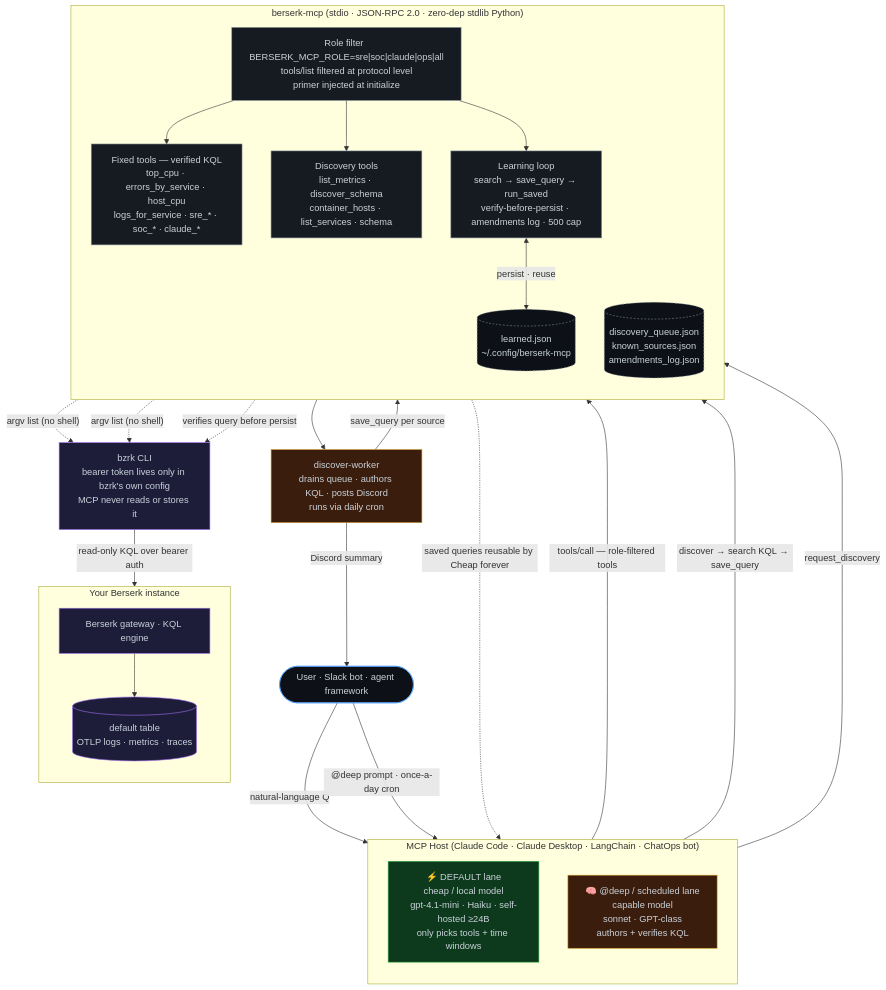
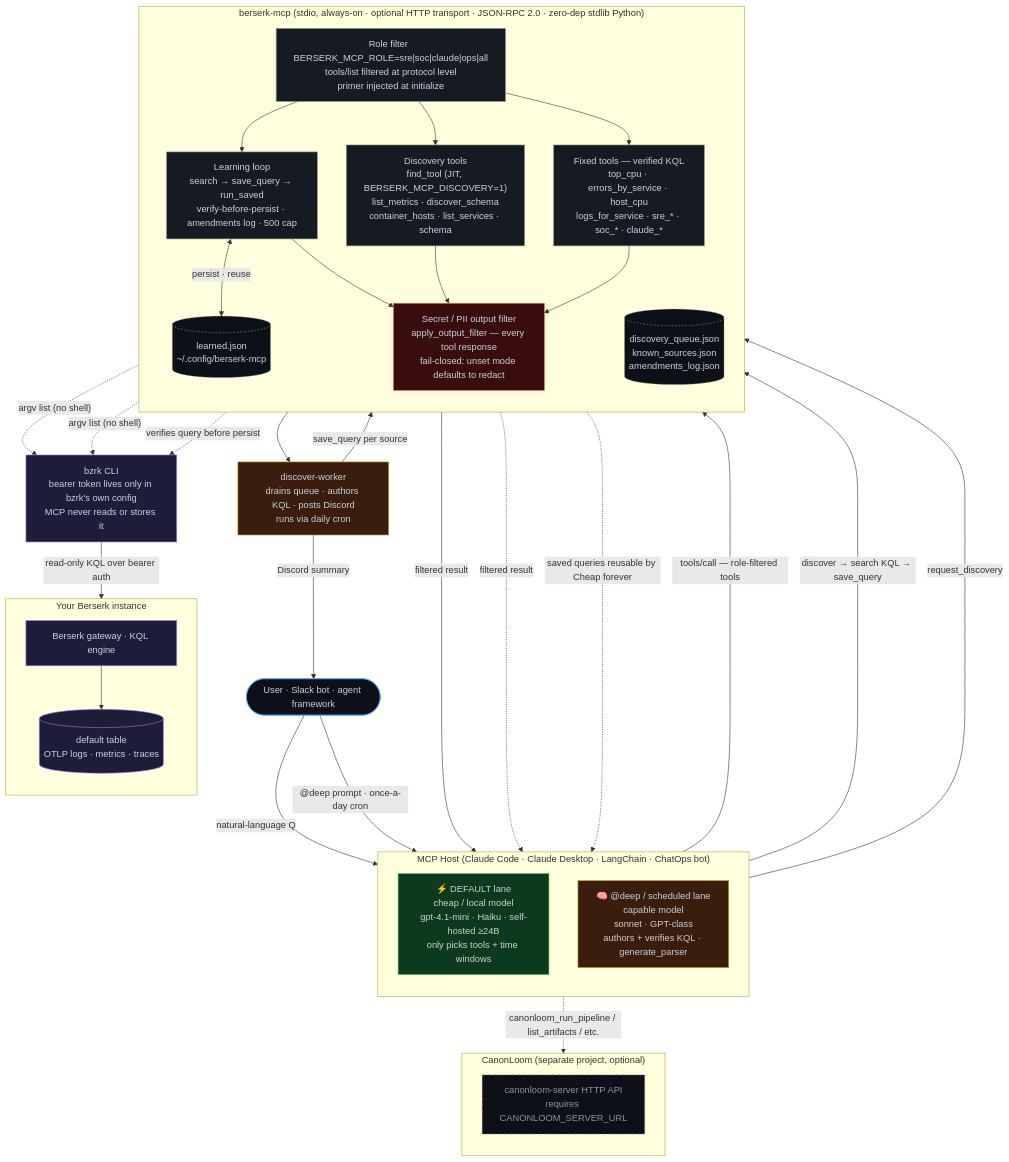
Before and after one commit to ssimonsen0202/berserk_mcp: the diagram in README.md, drawn with Mermaid. The commit also changed other lines of this file, not shown here.

Commit message:
docs: bring architecture diagram current, mark CanonLoom optional
Adds find_tool JIT discovery, optional HTTP transport, generate_parser,
and the secret/PII output filter (apply_output_filter, confirmed to run
on every tool response, not just scan_secrets) to the Mermaid diagram.
Gives CanonLoom its own dashed, clearly-optional subgraph and a callout
paragraph -- it's a separate project reached over plain HTTP via
CANONLOOM_SERVER_URL, with no import-time coupling; every other lane
works fully without it.

````diff
--- a/README.md
+++ b/README.md
@@ -286,61 +286,76 @@
 ```mermaid
 flowchart TB
   classDef user      fill:#0d1117,stroke:#58a6ff,color:#c9d1d9
   classDef cheap     fill:#0d3a1d,stroke:#3fb950,color:#c9d1d9
   classDef deep      fill:#3a1d0d,stroke:#d29922,color:#c9d1d9
   classDef mcp       fill:#161b22,stroke:#8b949e,color:#c9d1d9
+  classDef security  fill:#3a0d0d,stroke:#f85149,color:#c9d1d9
   classDef berserk   fill:#1d1d3a,stroke:#a371f7,color:#c9d1d9
   classDef store     fill:#0d1117,stroke:#8b949e,color:#c9d1d9,stroke-dasharray:3 3
+  classDef optional  fill:#0d1117,stroke:#8b949e,color:#8b949e,stroke-dasharray:5 5
 
   User([User · Slack bot · agent framework]):::user
 
   subgraph H["MCP Host  (Claude Code · Claude Desktop · LangChain · ChatOps bot)"]
     direction TB
     Cheap["⚡ DEFAULT lane\ncheap / local model\ngpt-4.1-mini · Haiku · self-hosted ≥24B\nonly picks tools + time windows"]:::cheap
-    Deep["🧠 @deep / scheduled lane\ncapable model\nsonnet · GPT-class\nauthors + verifies KQL"]:::deep
+    Deep["🧠 @deep / scheduled lane\ncapable model\nsonnet · GPT-class\nauthors + verifies KQL · generate_parser"]:::deep
   end
 
-  subgraph M["berserk-mcp  (stdio · JSON-RPC 2.0 · zero-dep stdlib Python)"]
+  subgraph M["berserk-mcp  (stdio, always-on · optional HTTP transport · JSON-RPC 2.0 · zero-dep stdlib Python)"]
     direction TB
     RoleFilter["Role filter  BERSERK_MCP_ROLE=sre|soc|claude|ops|all\ntools/list filtered at protocol level\nprimer injected at initialize"]:::mcp
     Tools["Fixed tools — verified KQL\ntop_cpu · errors_by_service · host_cpu\nlogs_for_service · sre_* · soc_* · claude_*"]:::mcp
-    Disc["Discovery tools\nlist_metrics · discover_schema\ncontainer_hosts · list_services · schema"]:::mcp
+    Disc["Discovery tools\nfind_tool (JIT, BERSERK_MCP_DISCOVERY=1)\nlist_metrics · discover_schema\ncontainer_hosts · list_services · schema"]:::mcp
     Learn["Learning loop\nsearch → save_query → run_saved\nverify-before-persist · amendments log · 500 cap"]:::mcp
+    Redact["Secret / PII output filter\napply_output_filter — every tool response\nfail-closed: unset mode defaults to redact"]:::security
     Queue[("discovery_queue.json\nknown_sources.json\namendments_log.json")]:::store
     Store[("learned.json\n~/.config/berserk-mcp")]:::store
   end
 
   Worker["discover-worker\ndrains queue · authors KQL · posts Discord\nruns via daily cron"]:::deep
   Bzrk["bzrk CLI\nbearer token lives only in bzrk's own config\nMCP never reads or stores it"]:::berserk
 
   subgraph B["Your Berserk instance"]
     direction TB
     Gw["Berserk gateway · KQL engine"]:::berserk
     Tbl[("default table\nOTLP logs · metrics · traces")]:::berserk
   end
 
+  subgraph CL["CanonLoom  (separate project, optional)"]
+    direction TB
+    CLGw["canonloom-server HTTP API\nrequires CANONLOOM_SERVER_URL"]:::optional
+  end
+
   User -- "natural-language Q" --> Cheap
   User -- "@deep prompt · once-a-day cron" --> Deep
 
   Cheap -- "tools/call — role-filtered tools" --> RoleFilter
   RoleFilter --> Tools
   RoleFilter --> Disc
   RoleFilter --> Learn
 
   Deep -- "discover → search KQL → save_query" --> Learn
   Deep -- "request_discovery" --> Queue
+  Deep -. "canonloom_run_pipeline / list_artifacts / etc." .-> CLGw
 
   Queue --> Worker
   Worker -- "save_query per source" --> Learn
   Worker -- "Discord summary" --> User
 
   Tools -. "argv list (no shell)" .-> Bzrk
   Disc  -. "argv list (no shell)" .-> Bzrk
   Learn -. "verifies query before persist" .-> Bzrk
   Learn <-->|persist · reuse| Store
 
   Bzrk -- "read-only KQL over bearer auth" --> Gw
   Gw --> Tbl
 
+  Tools --> Redact
+  Disc --> Redact
+  Learn --> Redact
+  Redact -- "filtered result" --> Cheap
+  Redact -. "filtered result" .-> Deep
+
   Learn -. "saved queries reusable by Cheap forever" .-> Cheap
 ```
````
